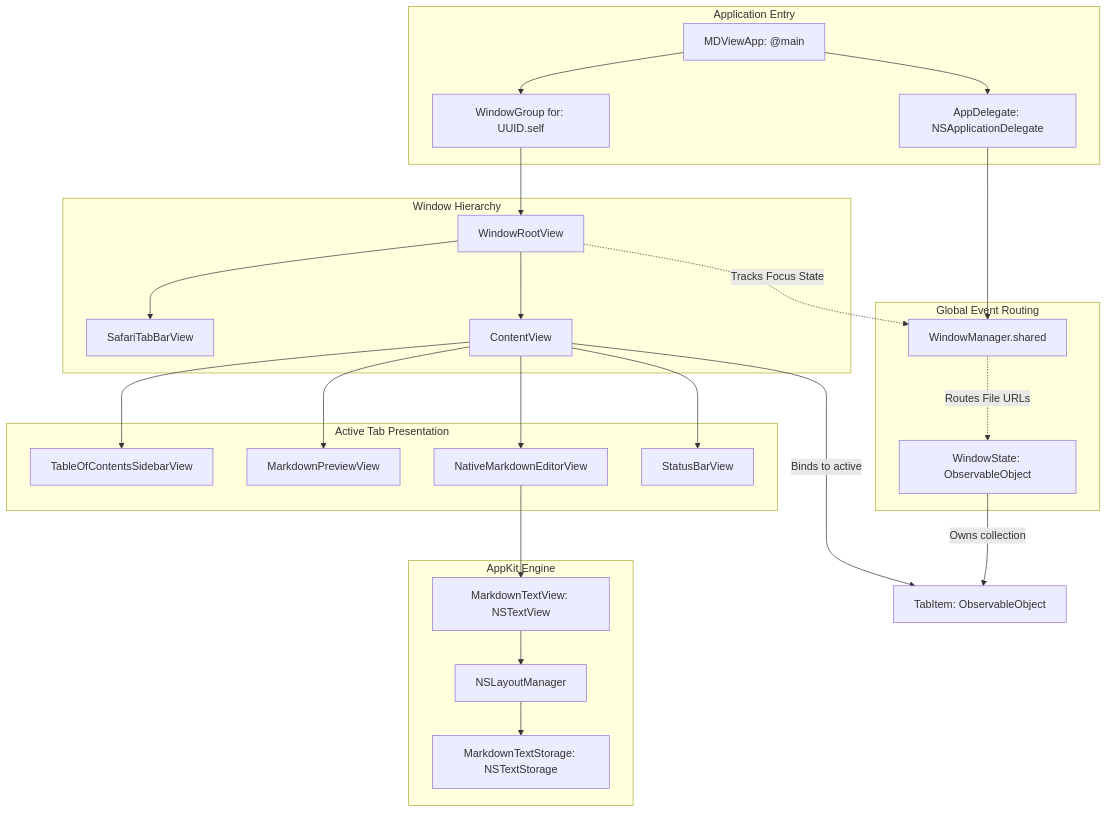
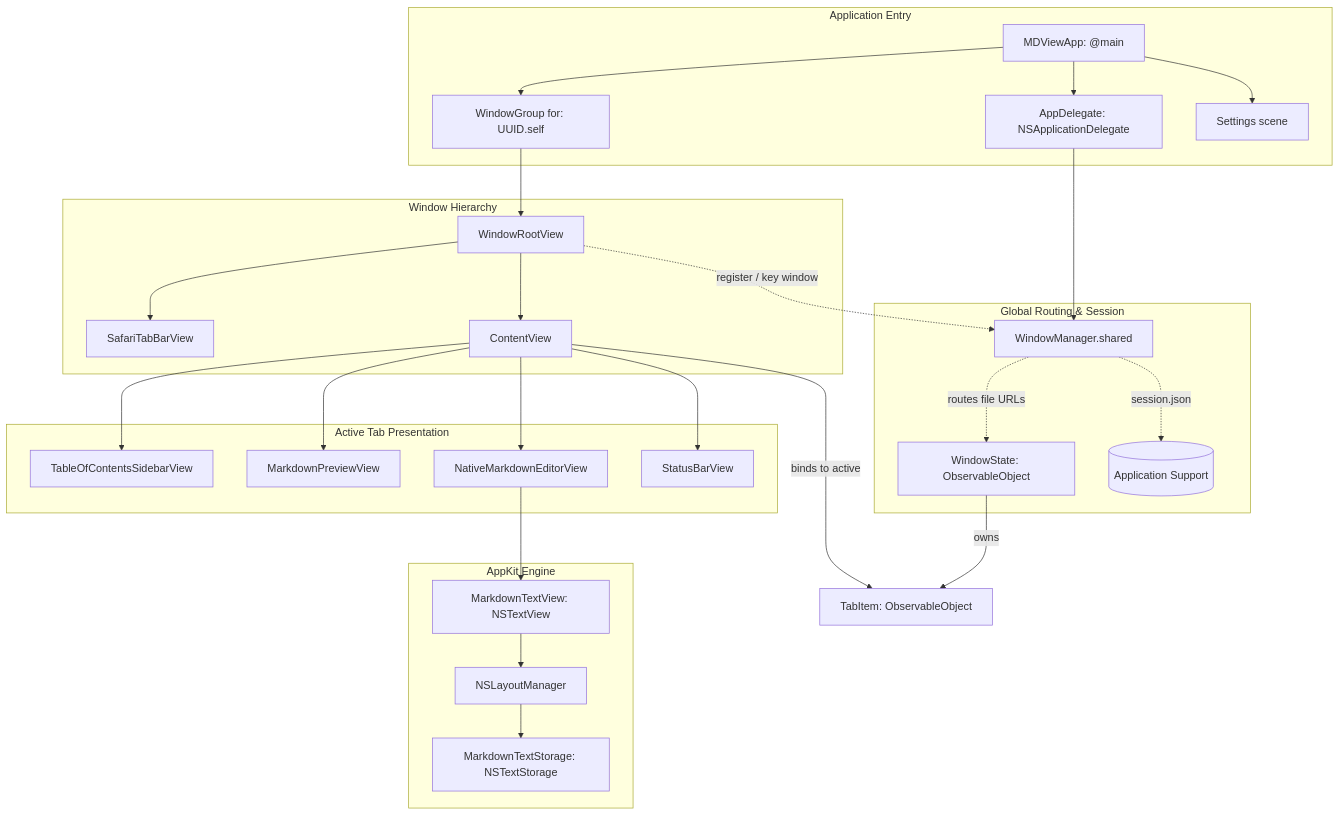
One commit to tarpescu/MDView changed the first of 2 diagrams in docs/ARCHITECTURE.md. Above: the diagram before and after it, drawn with Mermaid. The commit also changed other lines of this file and 45 other files, not shown here.

````diff
--- a/docs/ARCHITECTURE.md
+++ b/docs/ARCHITECTURE.md
@@ -60,35 +51,37 @@
 ```mermaid
 flowchart TD
     subgraph Application Entry
         App[MDViewApp: @main] --> Delegate[AppDelegate: NSApplicationDelegate]
         App --> WG[WindowGroup for: UUID.self]
+        App --> Settings[Settings scene]
     end
 
     subgraph Window Hierarchy
         WG --> WRV[WindowRootView]
         WRV --> STB[SafariTabBarView]
         WRV --> CV[ContentView]
     end
 
-    subgraph Global Event Routing
+    subgraph Global Routing & Session
         Delegate --> WM[WindowManager.shared]
-        WM -.->|Routes File URLs| WS[WindowState: ObservableObject]
-        WRV -.->|Tracks Focus State| WM
+        WM -.->|routes file URLs| WS[WindowState: ObservableObject]
+        WRV -.->|register / key window| WM
+        WM -.->|session.json| Disk[(Application Support)]
     end
 
     subgraph Active Tab Presentation
         CV --> TOC[TableOfContentsSidebarView]
         CV --> MPV[MarkdownPreviewView]
         CV --> NMEV[NativeMarkdownEditorView]
         CV --> SBV[StatusBarView]
     end
 
     subgraph AppKit Engine
         NMEV --> NTV[MarkdownTextView: NSTextView]
         NTV --> LM[NSLayoutManager]
         LM --> MTS[MarkdownTextStorage: NSTextStorage]
     end
 
-    WS -->|Owns collection| TI[TabItem: ObservableObject]
-    CV -->|Binds to active| TI
+    WS -->|owns| TI[TabItem: ObservableObject]
+    CV -->|binds to active| TI
 ```
````
